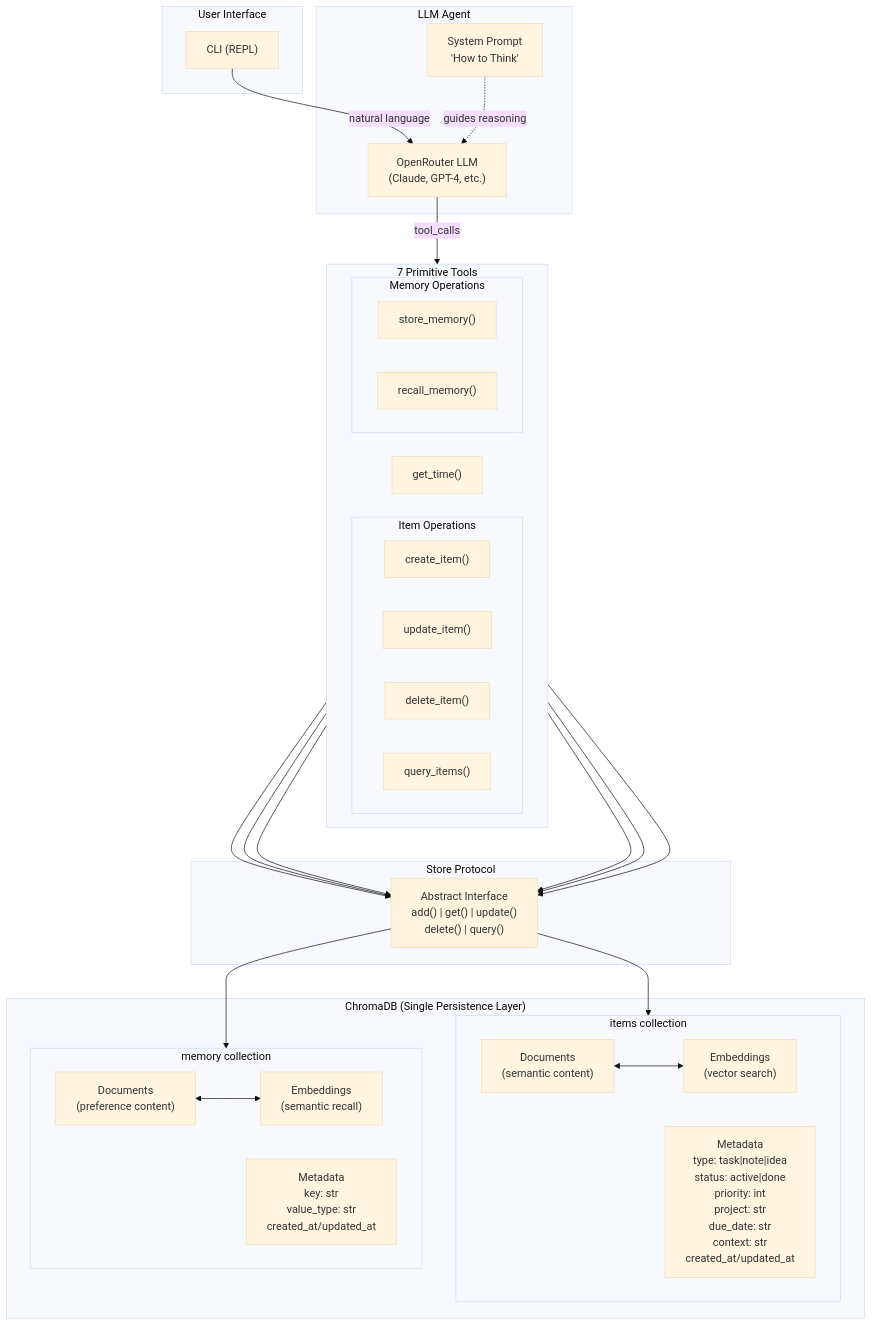
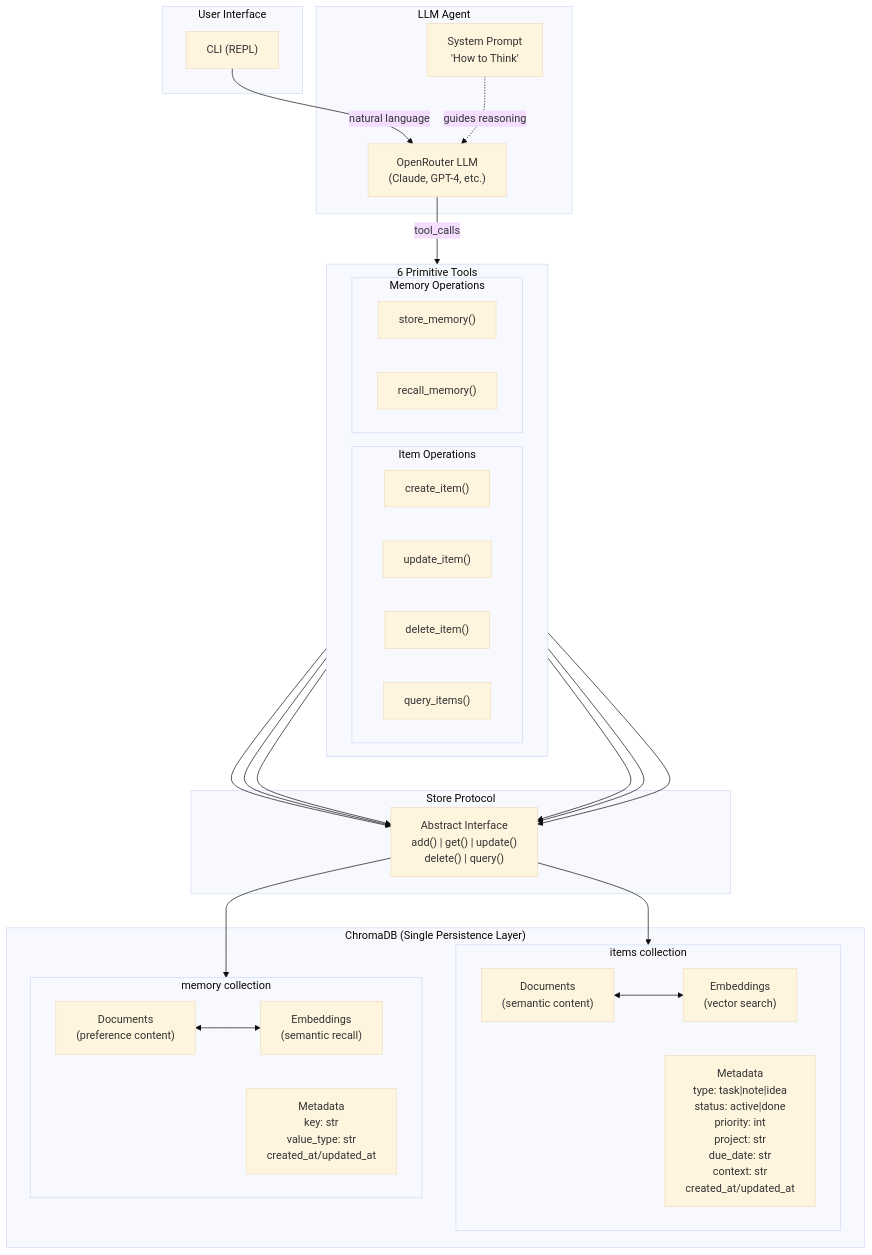
The diagram in docs/diagrams.md (AlteredCraft/agent-native-architecture), drawn with Mermaid (base theme) before and after one commit. The commit also changed 4 other files, not shown here.

Commit message:
Update README and diagrams to reflect the removal of the 'get_time' tool; add CLAUDE.md for project guidance and create current-notes.md for future considerations.

````diff
--- a/docs/diagrams.md
+++ b/docs/diagrams.md
@@ -7,60 +7,59 @@
 ```mermaid
 flowchart TB
     subgraph User["User Interface"]
         CLI["CLI (REPL)"]
     end
 
     subgraph Agent["LLM Agent"]
         LLM["OpenRouter LLM<br/>(Claude, GPT-4, etc.)"]
         SysPrompt["System Prompt<br/>'How to Think'"]
     end
 
-    subgraph Tools["7 Primitive Tools"]
+    subgraph Tools["6 Primitive Tools"]
         direction LR
         subgraph ItemOps["Item Operations"]
             create["create_item()"]
             update["update_item()"]
             delete["delete_item()"]
             query["query_items()"]
         end
         subgraph MemoryOps["Memory Operations"]
             store_mem["store_memory()"]
             recall["recall_memory()"]
         end
-        time["get_time()"]
     end
 
     subgraph Protocol["Store Protocol"]
         StoreAPI["Abstract Interface<br/>add() | get() | update()<br/>delete() | query()"]
     end
 
     subgraph ChromaDB["ChromaDB (Single Persistence Layer)"]
         subgraph ItemsCollection["items collection"]
             ItemDoc["Documents<br/>(semantic content)"]
             ItemEmbed["Embeddings<br/>(vector search)"]
             ItemMeta["Metadata<br/>type: task|note|idea<br/>status: active|done<br/>priority: int<br/>project: str<br/>due_date: str<br/>context: str<br/>created_at/updated_at"]
         end
         subgraph MemoryCollection["memory collection"]
             MemDoc["Documents<br/>(preference content)"]
             MemEmbed["Embeddings<br/>(semantic recall)"]
             MemMeta["Metadata<br/>key: str<br/>value_type: str<br/>created_at/updated_at"]
         end
     end
 
     CLI -->|"natural language"| LLM
     SysPrompt -.->|"guides reasoning"| LLM
     LLM -->|"tool_calls"| Tools
 
     create --> StoreAPI
     update --> StoreAPI
     delete --> StoreAPI
     query --> StoreAPI
     store_mem --> StoreAPI
     recall --> StoreAPI
 
     StoreAPI --> ItemsCollection
     StoreAPI --> MemoryCollection
 
     ItemDoc <--> ItemEmbed
     MemDoc <--> MemEmbed
 ```
````
